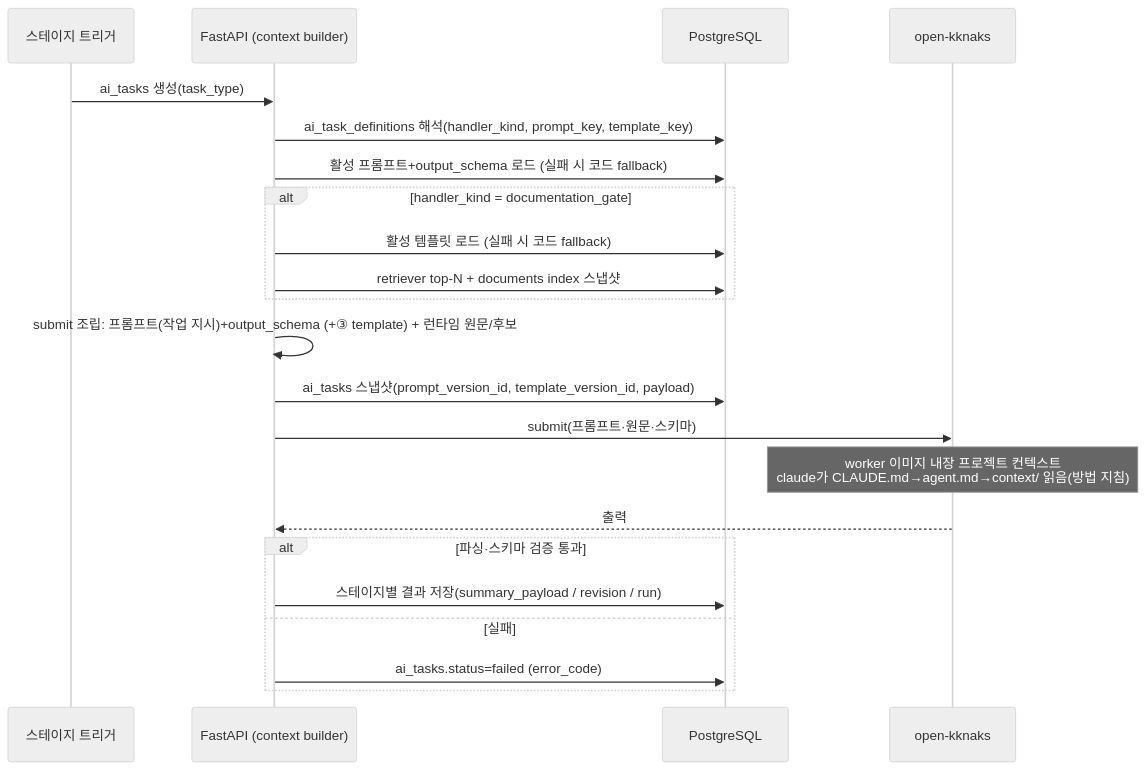
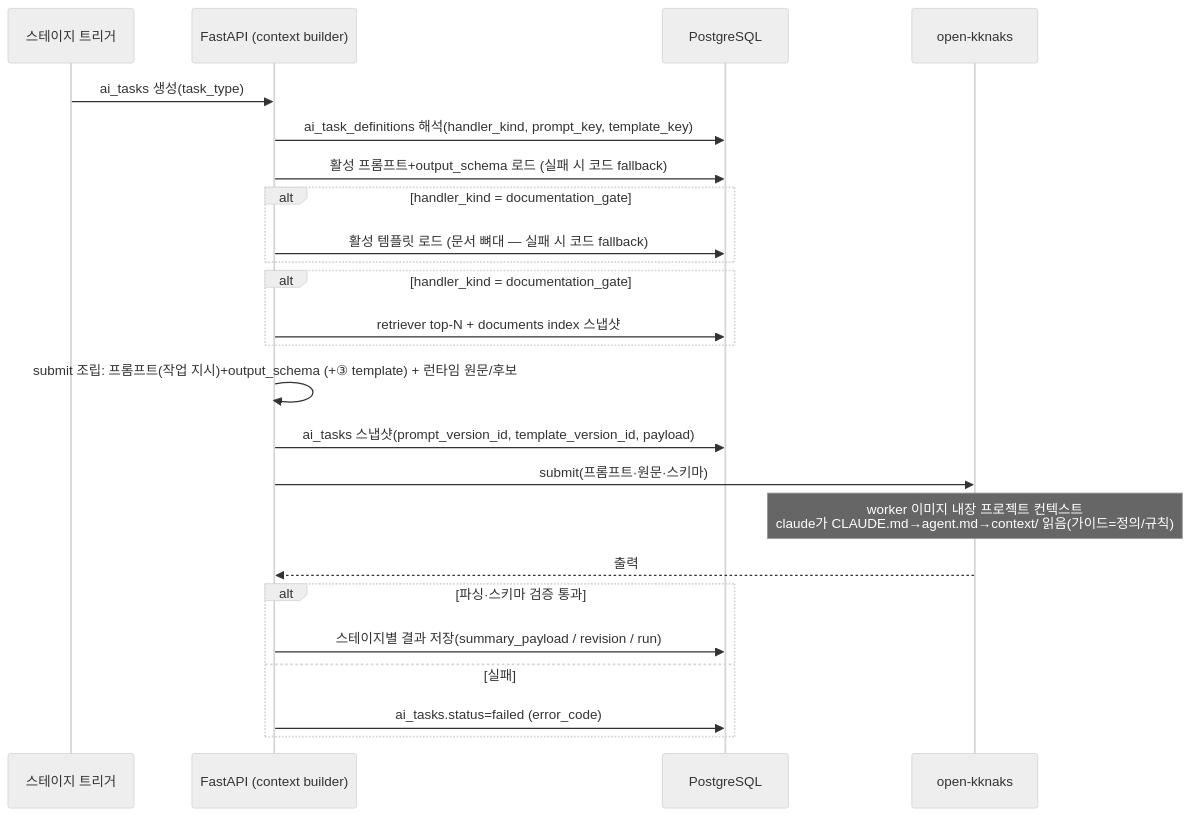
The diagram in products/ax-knowledge-graph/20-spec/spec-011-ai-execution-pipeline.md (kknaks/kknaks_profile), drawn with Mermaid (neutral theme) before and after one commit. The commit also changed other lines of this file and 23 other files, not shown here.

````diff
--- a/products/ax-knowledge-graph/20-spec/spec-011-ai-execution-pipeline.md
+++ b/products/ax-knowledge-graph/20-spec/spec-011-ai-execution-pipeline.md
@@ -204,25 +248,27 @@
 ```mermaid
 sequenceDiagram
     participant Trigger as 스테이지 트리거
     participant BE as FastAPI (context builder)
     participant Store as PostgreSQL
     participant OK as open-kknaks
 
     Trigger->>BE: ai_tasks 생성(task_type)
     BE->>Store: ai_task_definitions 해석(handler_kind, prompt_key, template_key)
     BE->>Store: 활성 프롬프트+output_schema 로드 (실패 시 코드 fallback)
     alt handler_kind = documentation_gate
-        BE->>Store: 활성 템플릿 로드 (실패 시 코드 fallback)
+        BE->>Store: 활성 템플릿 로드 (문서 뼈대 — 실패 시 코드 fallback)
+    end
+    alt handler_kind = documentation_gate
         BE->>Store: retriever top-N + documents index 스냅샷
     end
     BE->>BE: submit 조립: 프롬프트(작업 지시)+output_schema (+③ template) + 런타임 원문/후보
     BE->>Store: ai_tasks 스냅샷(prompt_version_id, template_version_id, payload)
     BE->>OK: submit(프롬프트·원문·스키마)
-    Note over OK: worker 이미지 내장 프로젝트 컨텍스트<br/>claude가 CLAUDE.md→agent.md→context/ 읽음(방법 지침)
+    Note over OK: worker 이미지 내장 프로젝트 컨텍스트<br/>claude가 CLAUDE.md→agent.md→context/ 읽음(가이드=정의/규칙)
     OK-->>BE: 출력
     alt 파싱·스키마 검증 통과
         BE->>Store: 스테이지별 결과 저장(summary_payload / revision / run)
     else 실패
         BE->>Store: ai_tasks.status=failed (error_code)
     end
 ```
````
